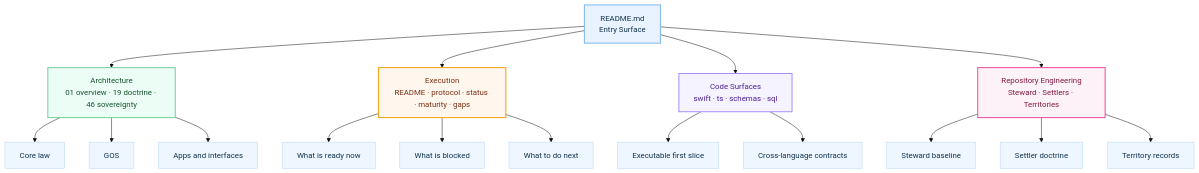
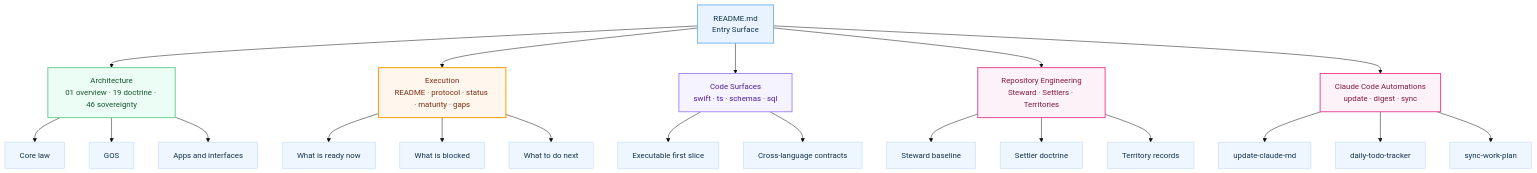
One commit to myselfgus/HealthOScaffold changed the third of 7 diagrams in README.md. Above: the diagram before and after it, drawn with Mermaid. The commit also changed other lines of this file and 2 other files, not shown here.

First line of the commit message:
docs: update README and execution docs to reflect automations and work plan

````diff
--- a/README.md
+++ b/README.md
@@ -145,33 +147,39 @@
 ```mermaid
 %%{init: {'theme': 'base', 'themeVariables': {'primaryColor': '#eef6ff', 'primaryBorderColor': '#b8d7f5', 'primaryTextColor': '#11324d', 'clusterBkg': '#fbfdff', 'clusterBorder': '#d7e7f5', 'titleColor': '#0f172a', 'edgeLabelBackground': '#f8fbff', 'fontFamily': 'ui-rounded, -apple-system, BlinkMacSystemFont, sans-serif'}}}%%
 flowchart TD
     classDef entry fill:#e8f3ff,stroke:#7db7e8,stroke-width:2px,color:#12324a
     classDef arch fill:#ecfdf5,stroke:#6fcf97,stroke-width:2px,color:#14532d
     classDef exec fill:#fff7ed,stroke:#f59e0b,stroke-width:2px,color:#7c2d12
     classDef code fill:#f5f3ff,stroke:#a78bfa,stroke-width:2px,color:#4c1d95
     classDef steward fill:#fdf2f8,stroke:#ec4899,stroke-width:2px,color:#831843
 
     R[README.md\nEntry Surface]:::entry
 
     A1[Architecture\n01 overview · 19 doctrine · 46 sovereignty]:::arch
     A2[Execution\nREADME · protocol · status · maturity · gaps]:::exec
     A3[Code Surfaces\nswift · ts · schemas · sql]:::code
     A4[Repository Engineering\nSteward · Settlers · Territories]:::steward
 
+    A5[Claude Code Automations\nupdate · digest · sync]:::steward
+
     R --> A1
     R --> A2
     R --> A3
     R --> A4
+    R --> A5
 
     A1 --> A11[Core law]
     A1 --> A12[GOS]
     A1 --> A13[Apps and interfaces]
     A2 --> A21[What is ready now]
     A2 --> A22[What is blocked]
     A2 --> A23[What to do next]
     A3 --> A31[Executable first slice]
     A3 --> A32[Cross-language contracts]
     A4 --> A41[Steward baseline]
     A4 --> A42[Settler doctrine]
     A4 --> A43[Territory records]
+    A5 --> A51[update-claude-md]
+    A5 --> A52[daily-todo-tracker]
+    A5 --> A53[sync-work-plan]
 ```
````
